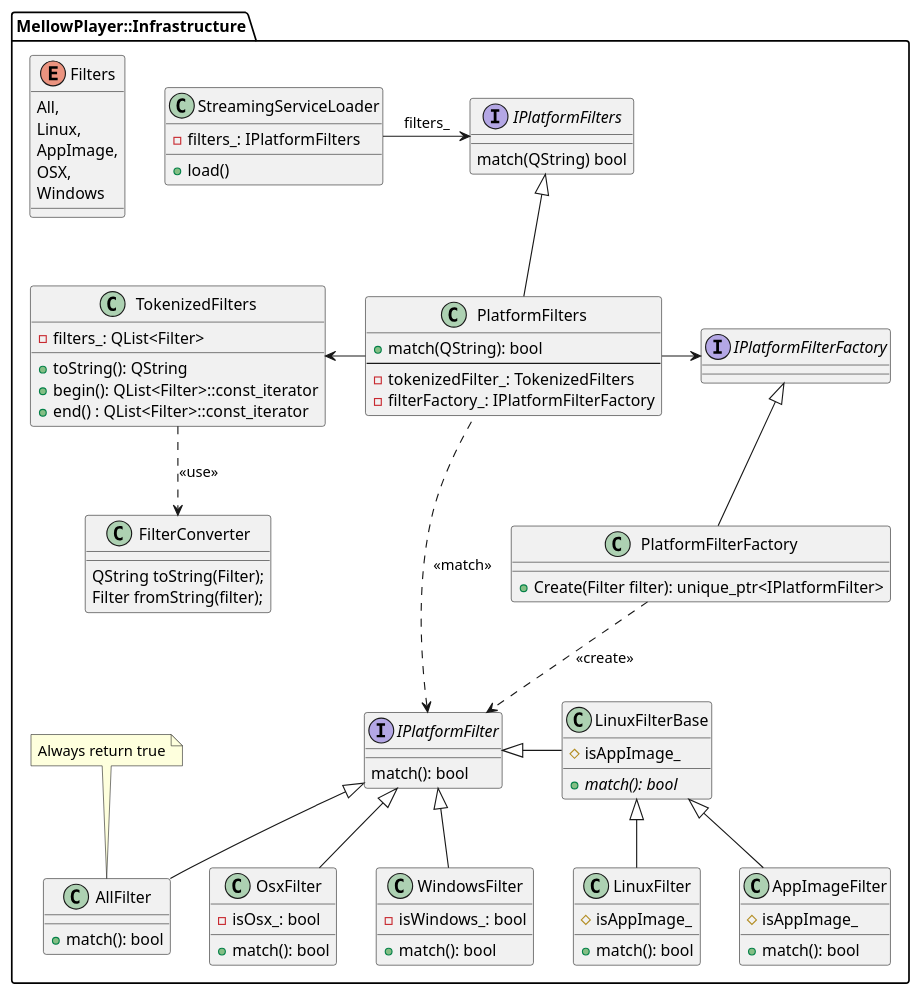
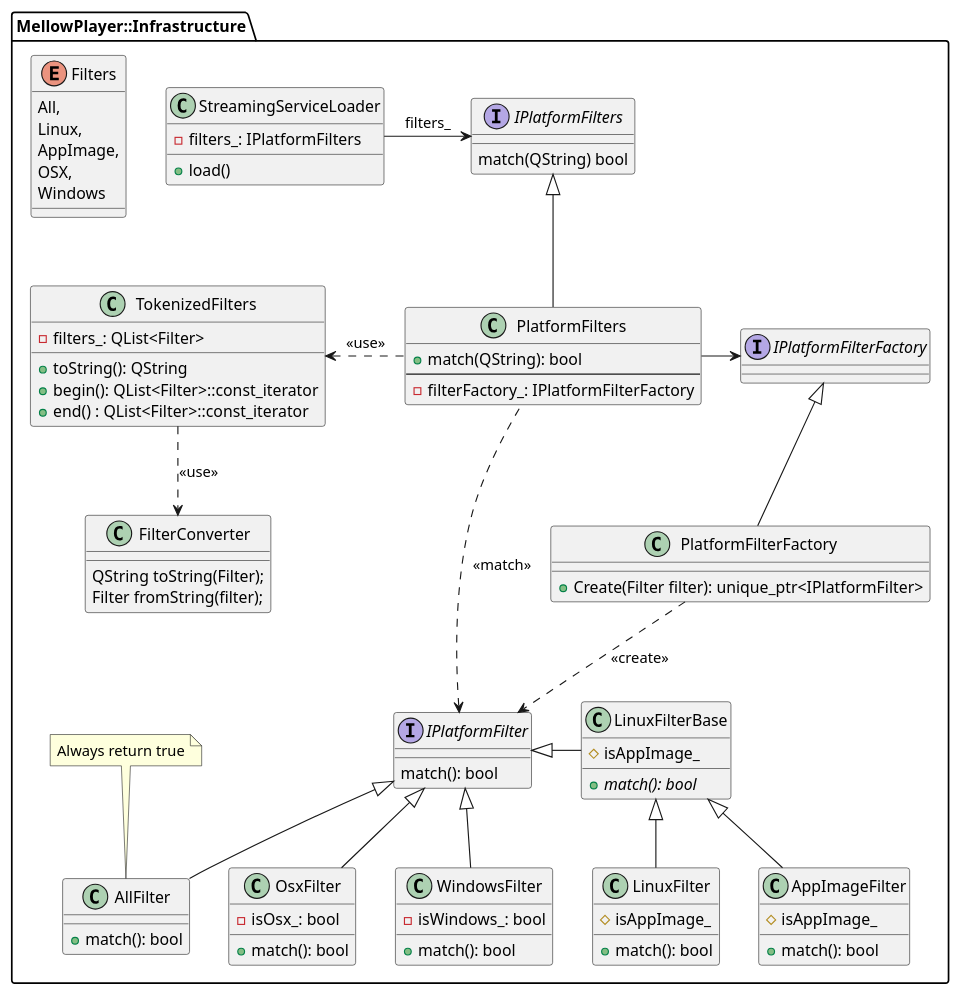
One commit to ColinDuquesnoy/MellowPlayer changed the diagram in docs/developers/PlantUml/FilterPluginsByPlatform.puml. Above: the diagram before and after it, drawn with PlantUML. The commit also changed 4 other files, not shown here.

Commit message:
#115 Implement PlatformFilters

```diff
--- a/docs/developers/PlantUml/FilterPluginsByPlatform.puml
+++ b/docs/developers/PlantUml/FilterPluginsByPlatform.puml
@@ -1,98 +1,97 @@
 @startuml
 
 package MellowPlayer::Infrastructure {
     class StreamingServiceLoader {
         + load()
         - filters_: IPlatformFilters
     }
     StreamingServiceLoader -right-> IPlatformFilters: filters_
 
     interface IPlatformFilters {
         match(QString) bool
     }
 
     enum Filters {
         All,
         Linux,
         AppImage,
         OSX,
         Windows
     }
 
     class FilterConverter {
         QString toString(Filter);
         Filter fromString(filter);
     }
 
     class TokenizedFilters {
         - filters_: QList<Filter>
         + toString(): QString
         + begin(): QList<Filter>::const_iterator
         + end() : QList<Filter>::const_iterator
     }
     TokenizedFilters ..> FilterConverter: <<use>>
 
     interface IPlatformFilterFactory
 
     class PlatformFilterFactory {
         + Create(Filter filter): unique_ptr<IPlatformFilter>
     }
     IPlatformFilterFactory <|-- PlatformFilterFactory
     PlatformFilterFactory ..> IPlatformFilter: <<create>>
 
     class PlatformFilters {
         + match(QString): bool
         --
-        - tokenizedFilter_: TokenizedFilters
         - filterFactory_: IPlatformFilterFactory
     }
     IPlatformFilters <|-- PlatformFilters
-    PlatformFilters -left-> TokenizedFilters
+    PlatformFilters .left.> TokenizedFilters : <<use>>
     PlatformFilters -right-> IPlatformFilterFactory
 
     PlatformFilters .left.> IPlatformFilter: <<match>>
 
     interface IPlatformFilter {
          match(): bool
     }
 
     class AllFilter {
         + match(): bool
     }
     IPlatformFilter <|-- AllFilter
     note top
     Always return true
     end note
 
     class LinuxFilterBase {
         # isAppImage_
         + {abstract} match(): bool
     }
     IPlatformFilter <|-right- LinuxFilterBase
 
     class LinuxFilter {
         # isAppImage_
         + match(): bool
     }
     LinuxFilterBase <|-- LinuxFilter
 
     class AppImageFilter {
         # isAppImage_
         + match(): bool
     }
     LinuxFilterBase <|-- AppImageFilter
 
     class OsxFilter {
         - isOsx_: bool
         + match(): bool
     }
     IPlatformFilter <|-- OsxFilter
 
     class WindowsFilter  {
         - isWindows_: bool
         + match(): bool
     }
     IPlatformFilter <|-- WindowsFilter
 }
 
 @enduml
```
